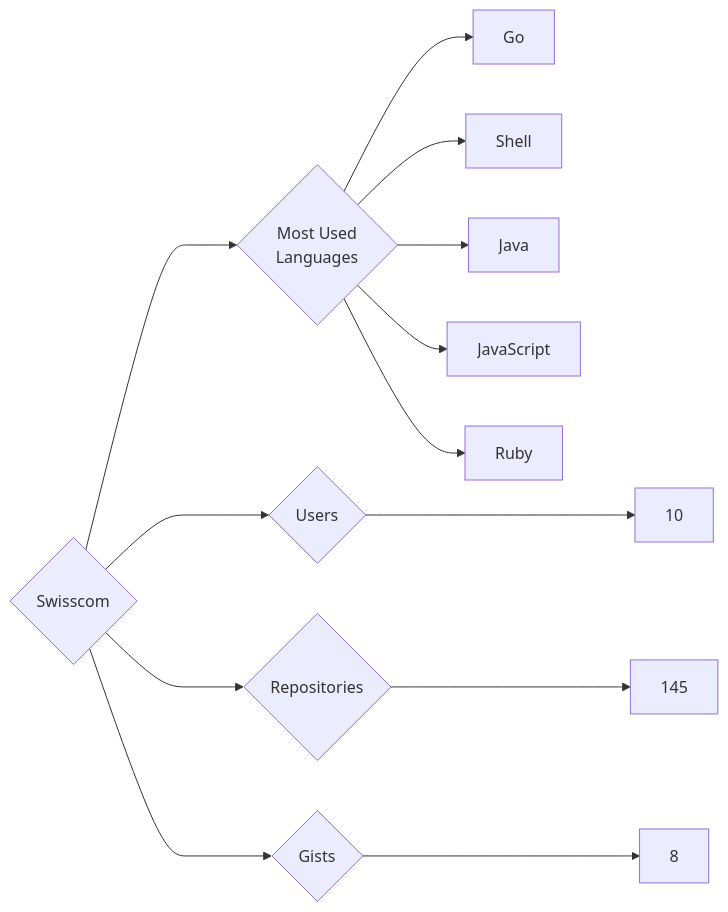
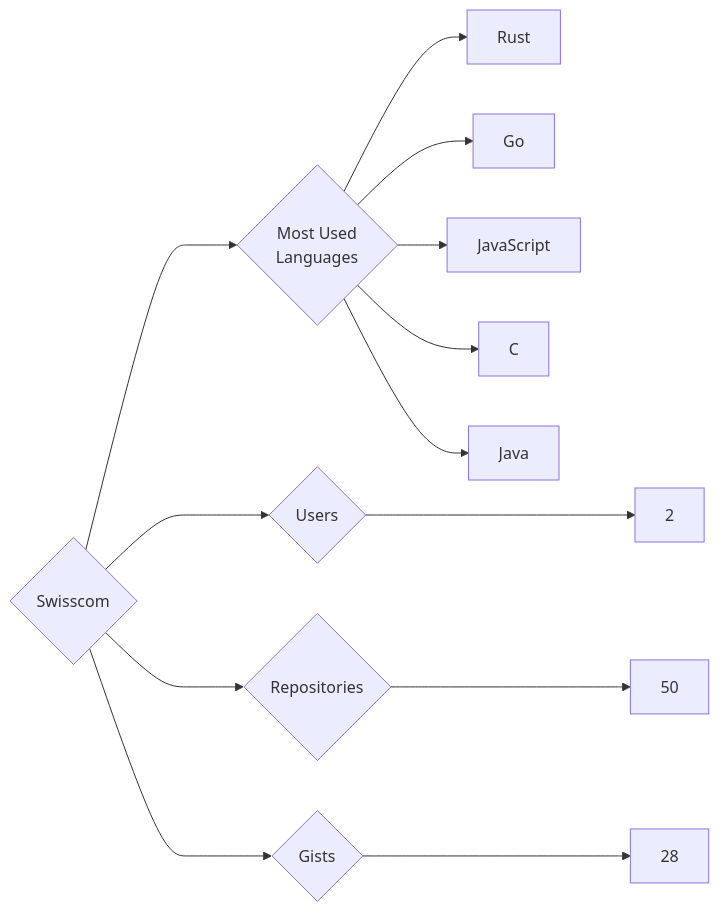
Before and after one commit to trickest/insiders: the diagram in targets/Swisscom/README.md, drawn with Mermaid. The commit also changed 1496 other files, not shown here.

````diff
--- a/targets/Swisscom/README.md
+++ b/targets/Swisscom/README.md
@@ -3,13 +3,13 @@
 ```mermaid
 graph LR
 COMPANY_NAME{Swisscom}
-COMPANY_NAME ---> U{Users} ---> UN[10]
-COMPANY_NAME ---> R{Repositories} ---> RN[145]
-COMPANY_NAME ---> G{Gists} ---> GN[8]
+COMPANY_NAME ---> U{Users} ---> UN[2]
+COMPANY_NAME ---> R{Repositories} ---> RN[50]
+COMPANY_NAME ---> G{Gists} ---> GN[28]
 COMPANY_NAME ---> ML{Most Used<br>Languages}
+ML --> Rust[Rust]
 ML --> Go[Go]
-ML --> Shell[Shell]
+ML --> JavaScript[JavaScript]
+ML --> C[C]
 ML --> Java[Java]
-ML --> JavaScript[JavaScript]
-ML --> Ruby[Ruby]
 ```
````
